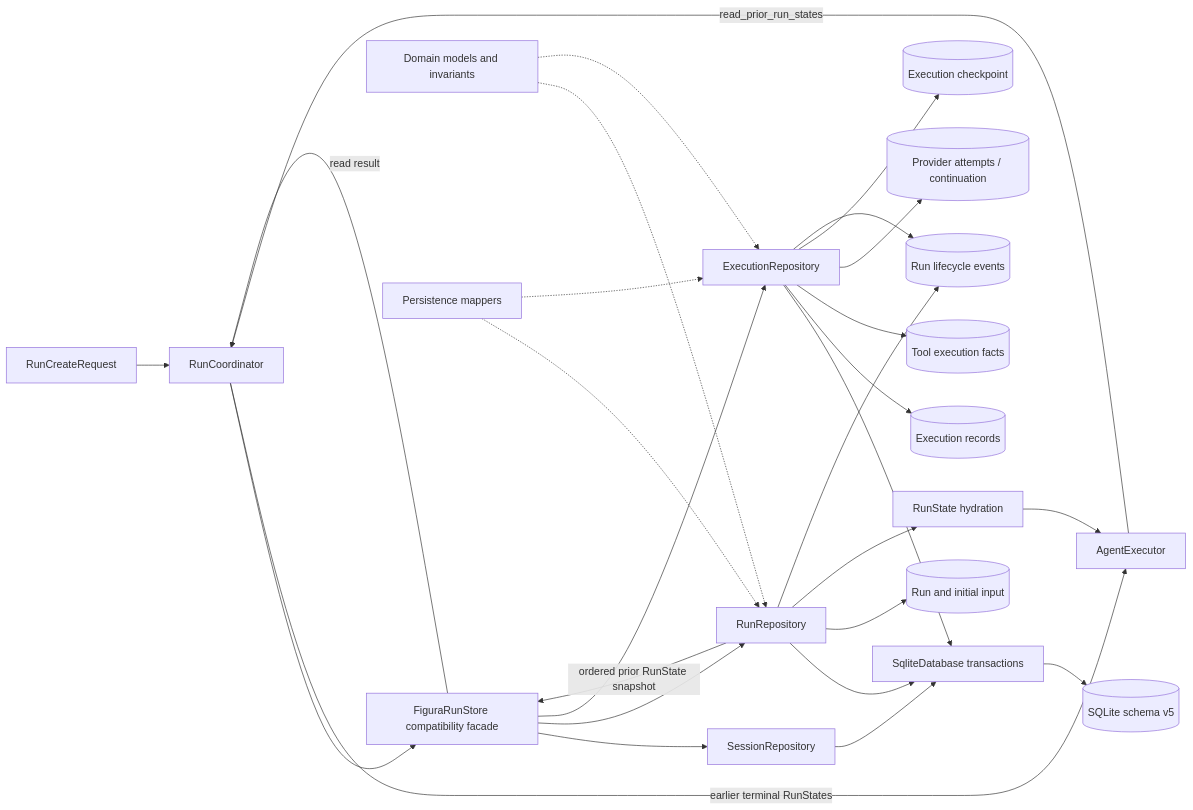
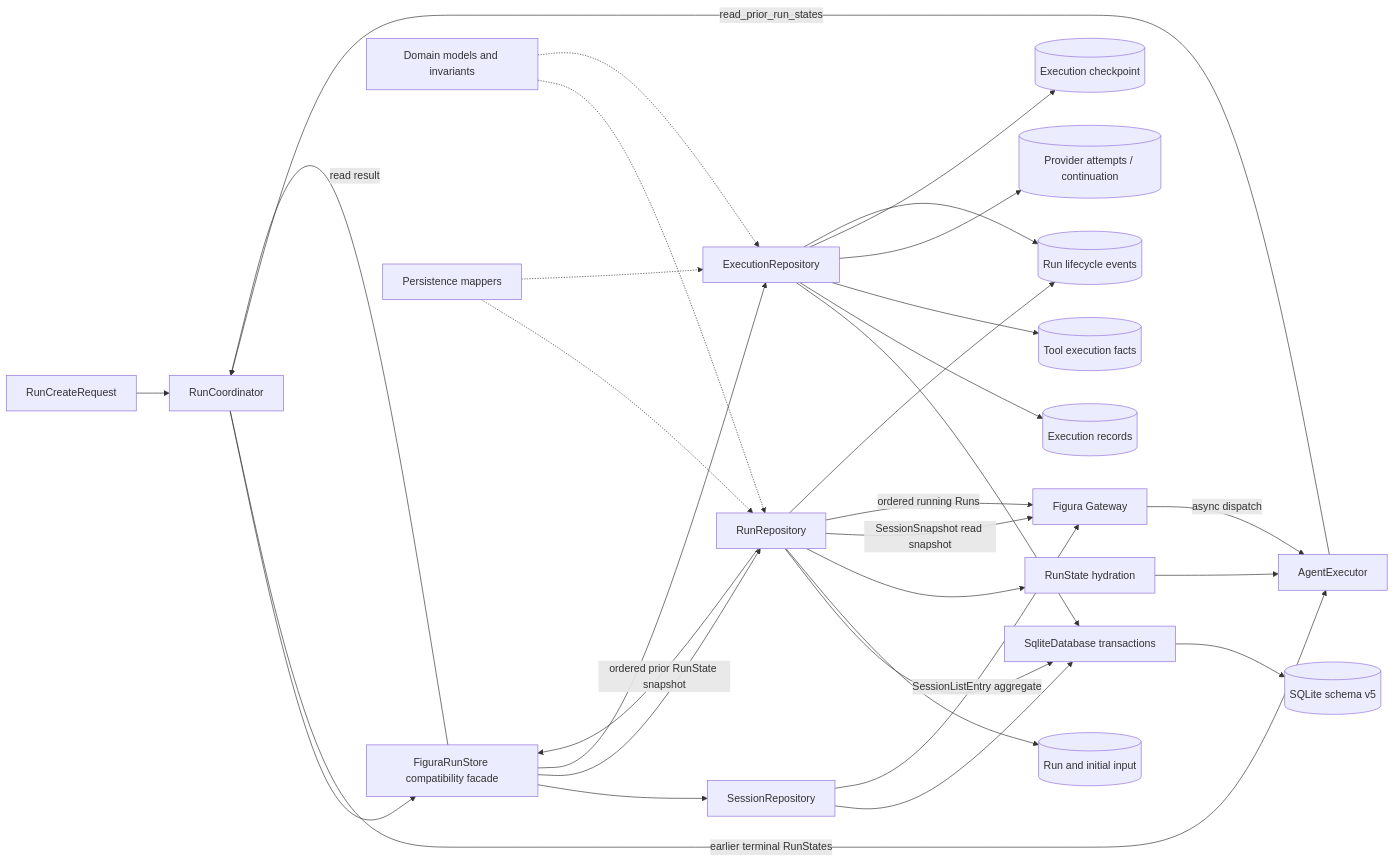
The diagram in docs/figura/runtime.md (YeZibn/Figura), drawn with Mermaid before and after one commit. The commit also changed other lines of this file and 51 other files, not shown here.

````diff
--- a/docs/figura/runtime.md
+++ b/docs/figura/runtime.md
@@ -9,29 +9,33 @@
 ```mermaid
 flowchart LR
     Create[RunCreateRequest] --> Coordinator[RunCoordinator]
     Coordinator --> Store[FiguraRunStore compatibility facade]
     Store --> SessionRepo[SessionRepository]
     Store --> RunRepo[RunRepository]
     Store --> ExecutionRepo[ExecutionRepository]
     SessionRepo --> Database[SqliteDatabase transactions]
     RunRepo --> Database
     ExecutionRepo --> Database
     Database --> SQLite[(SQLite schema v5)]
     RunRepo --> Run[(Run and initial input)]
     RunRepo --> State[RunState hydration]
+    SessionRepo -->|SessionListEntry aggregate| Gateway[Figura Gateway]
+    RunRepo -->|SessionSnapshot read snapshot| Gateway
+    RunRepo -->|ordered running Runs| Gateway
+    Gateway -->|async dispatch| Agent
     Agent -->|read_prior_run_states| Coordinator
     RunRepo -->|ordered prior RunState snapshot| Store
     Store -->|read result| Coordinator
     Coordinator -->|earlier terminal RunStates| Agent
     ExecutionRepo --> Records[(Execution records)]
     ExecutionRepo --> ToolFacts[(Tool execution facts)]
     ExecutionRepo --> Attempts[(Provider attempts / continuation)]
     ExecutionRepo --> Checkpoint[(Execution checkpoint)]
     RunRepo --> Events[(Run lifecycle events)]
     ExecutionRepo --> Events
     Domain[Domain models and invariants] -.-> RunRepo
     Domain -.-> ExecutionRepo
     Mappers[Persistence mappers] -.-> RunRepo
     Mappers -.-> ExecutionRepo
     State --> Agent[AgentExecutor]
 ```
````
